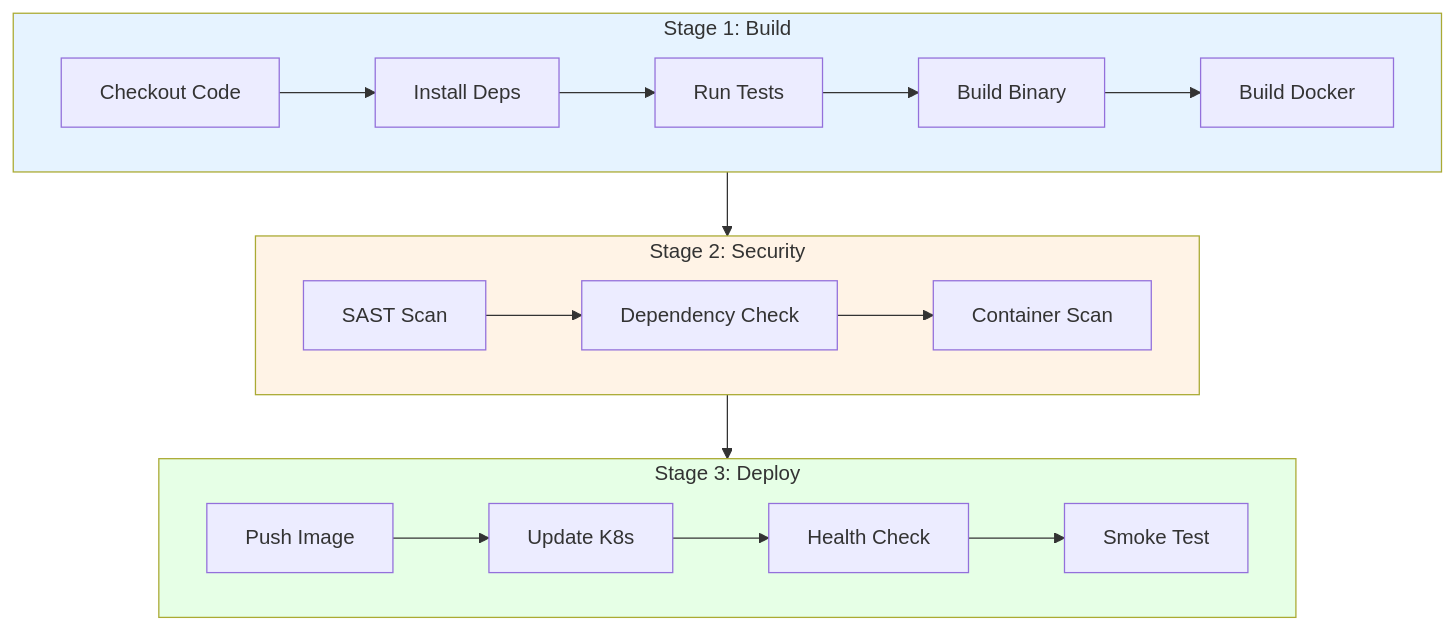
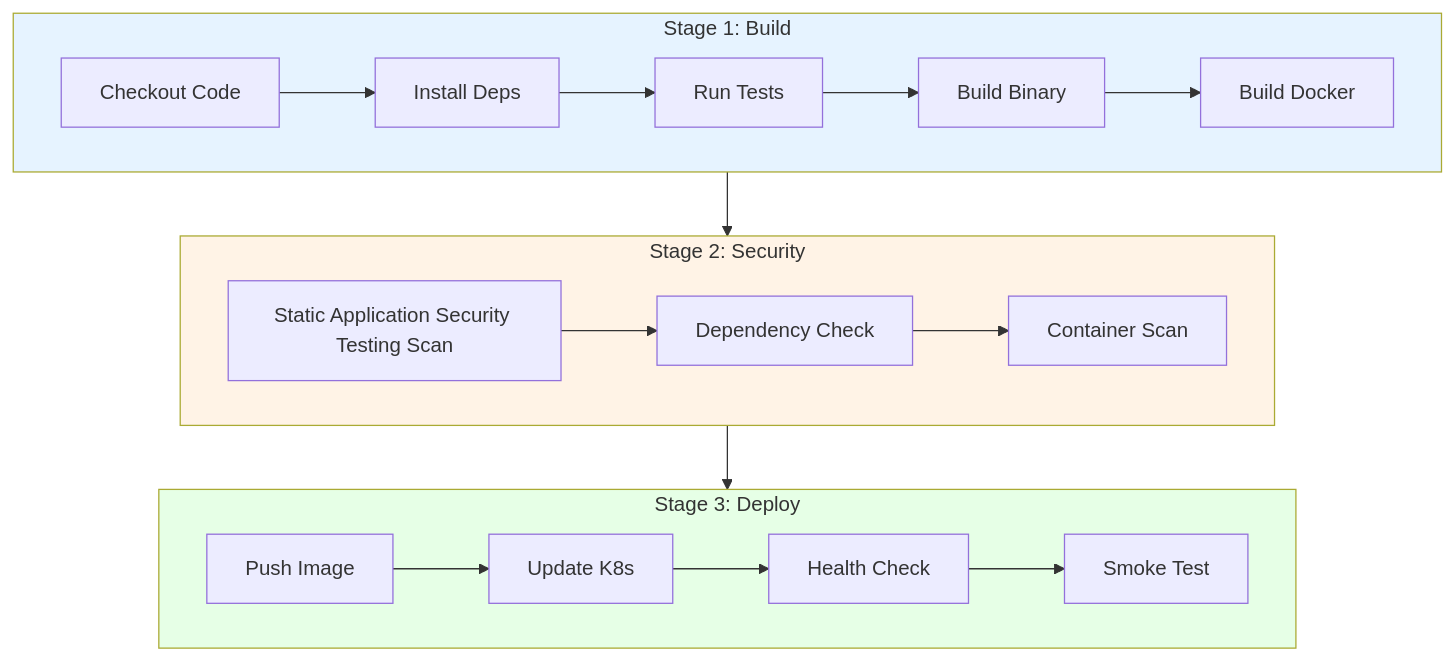
Before and after one commit to chungminhtu/S--tay-SA--Solution-Architect-: diagram 23 of 23 in So_tay_SA_VN.md, drawn with Mermaid. The commit also changed other lines of this file, not shown here.

````diff
--- a/So_tay_SA_VN.md
+++ b/So_tay_SA_VN.md
@@ -2148,32 +2148,32 @@
 ```mermaid
 flowchart TB
     subgraph Stage1["Stage 1: Build"]
         S1A[Checkout Code]
         S1B[Install Deps]
         S1C[Run Tests]
         S1D[Build Binary]
         S1E[Build Docker]
         S1A --> S1B --> S1C --> S1D --> S1E
     end
 
     subgraph Stage2["Stage 2: Security"]
-        S2A[SAST Scan]
+        S2A[Static Application Security Testing Scan]
         S2B[Dependency Check]
         S2C[Container Scan]
         S2A --> S2B --> S2C
     end
 
     subgraph Stage3["Stage 3: Deploy"]
         S3A[Push Image]
         S3B[Update K8s]
         S3C[Health Check]
         S3D[Smoke Test]
         S3A --> S3B --> S3C --> S3D
     end
 
     Stage1 --> Stage2 --> Stage3
 
     style Stage1 fill:#e6f3ff
     style Stage2 fill:#fff3e6
     style Stage3 fill:#e6ffe6
 ```
````
